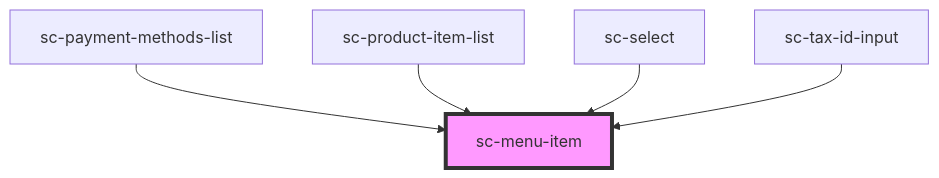
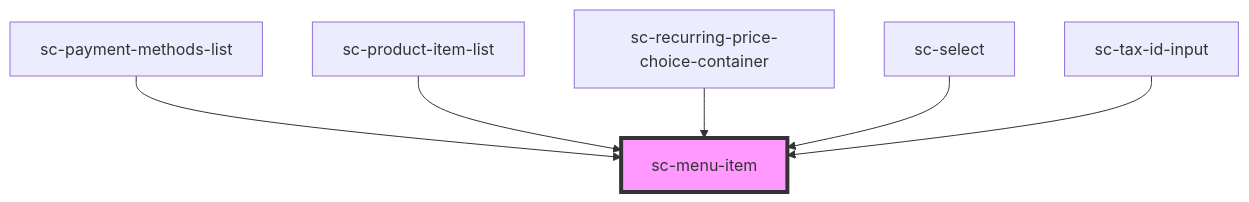
The diagram in packages/components/src/components/ui/menu-item/readme.md (surecart/surecart-wp-plugin), drawn with Mermaid before and after one commit. The commit also changed other lines of this file and 23 other files, not shown here.

````diff
--- a/packages/components/src/components/ui/menu-item/readme.md
+++ b/packages/components/src/components/ui/menu-item/readme.md
@@ -60,8 +61,9 @@
 ```mermaid
 graph TD;
   sc-payment-methods-list --> sc-menu-item
   sc-product-item-list --> sc-menu-item
+  sc-recurring-price-choice-container --> sc-menu-item
   sc-select --> sc-menu-item
   sc-tax-id-input --> sc-menu-item
   style sc-menu-item fill:#f9f,stroke:#333,stroke-width:4px
 ```
````
